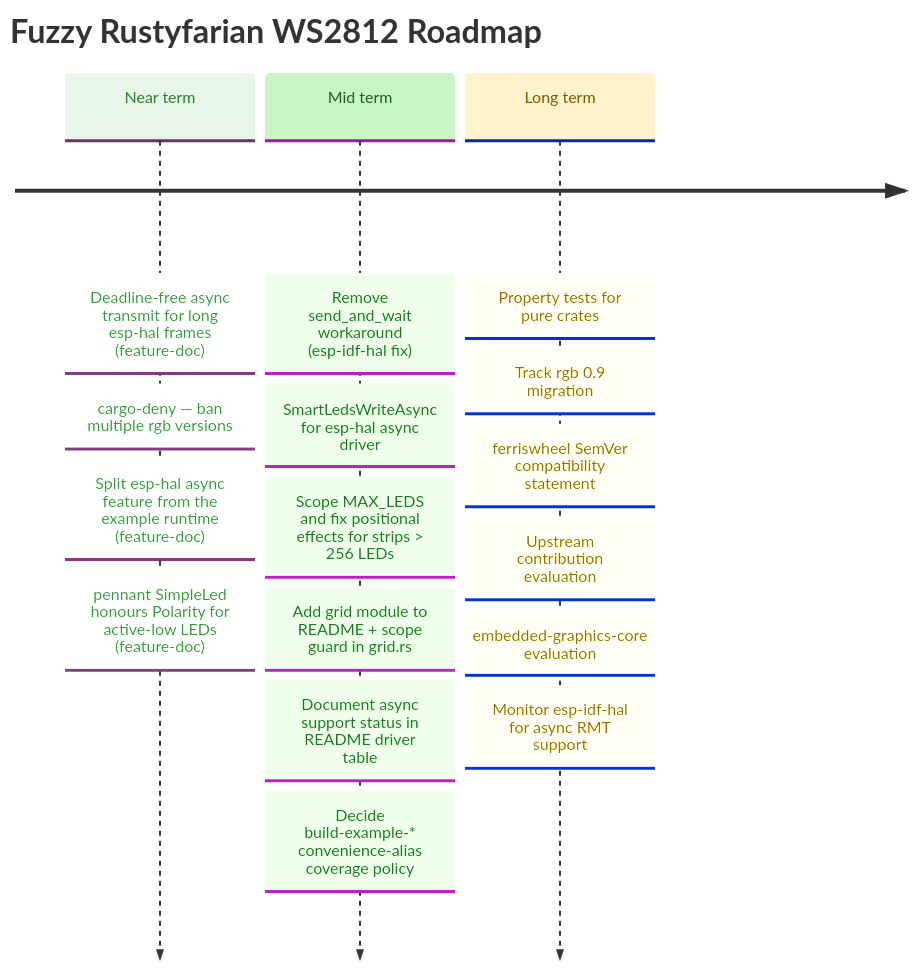
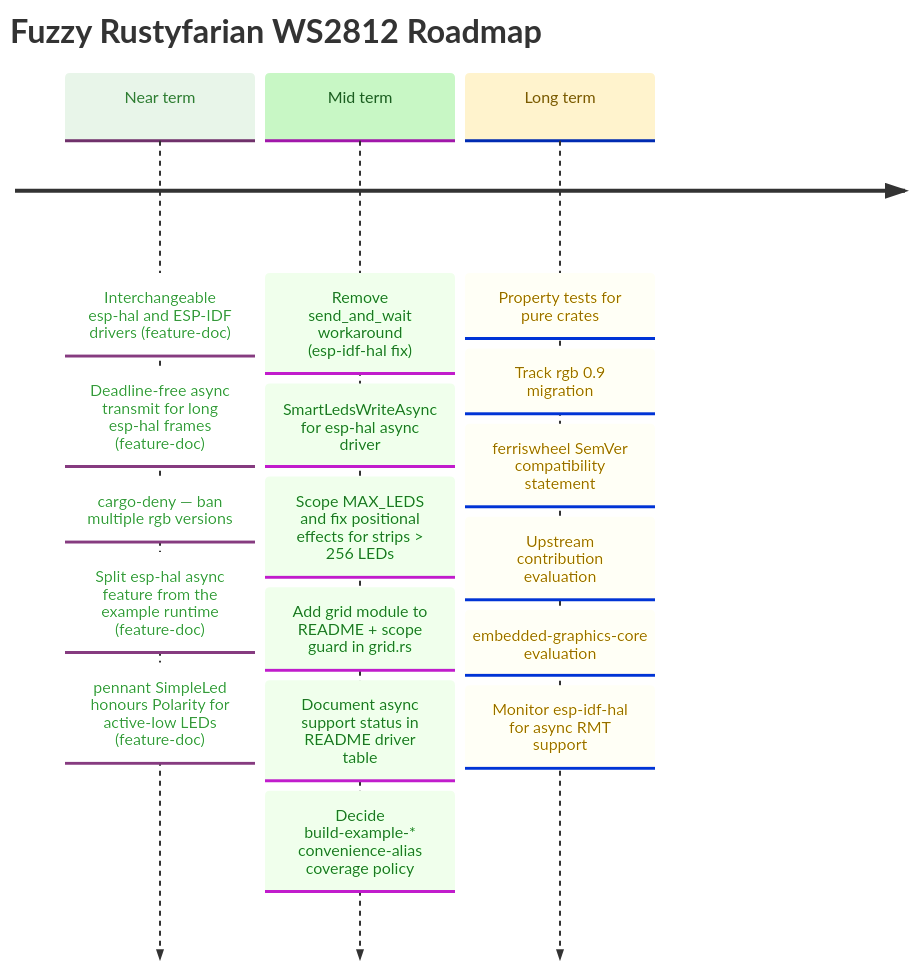
One commit to datenkollektiv/rustyfarian-ws2812 changed the diagram in docs/ROADMAP.md. Above: the diagram before and after it, drawn with Mermaid. The commit also changed other lines of this file and 15 other files, not shown here.

Commit message:
Make esp-hal and ESP-IDF WS2812 drivers interchangeable

````diff
--- a/docs/ROADMAP.md
+++ b/docs/ROADMAP.md
@@ -29,37 +30,38 @@
 ```mermaid
 %%{init: {
   "theme": "base",
   "themeVariables": {
     "cScale0": "#e8f5e9",
     "cScaleLabel0": "#2e7d32",
     "cScale1": "#c8f7c5",
     "cScaleLabel1": "#1b5e20",
     "cScale2": "#fff3cd",
     "cScaleLabel2": "#7a5a00",
     "cScale3": "#e3f2fd",
     "cScaleLabel3": "#0d47a1"
   }
 }}%%
 
 timeline
     title Fuzzy Rustyfarian WS2812 Roadmap
 
-    Near term : Deadline-free async transmit for long esp-hal frames (feature-doc)
+    Near term : Interchangeable esp-hal and ESP-IDF drivers (feature-doc)
+              : Deadline-free async transmit for long esp-hal frames (feature-doc)
               : cargo-deny — ban multiple rgb versions
               : Split esp-hal async feature from the example runtime (feature-doc)
               : pennant SimpleLed honours Polarity for active-low LEDs (feature-doc)
 
     Mid term  : Remove send_and_wait workaround (esp-idf-hal fix)
               : SmartLedsWriteAsync for esp-hal async driver
               : Scope MAX_LEDS and fix positional effects for strips > 256 LEDs
               : Add grid module to README + scope guard in grid.rs
               : Document async support status in README driver table
               : Decide build-example-* convenience-alias coverage policy
 
     Long term : Property tests for pure crates
               : Track rgb 0.9 migration
               : ferriswheel SemVer compatibility statement
               : Upstream contribution evaluation
               : embedded-graphics-core evaluation
               : Monitor esp-idf-hal for async RMT support
 ```
````
